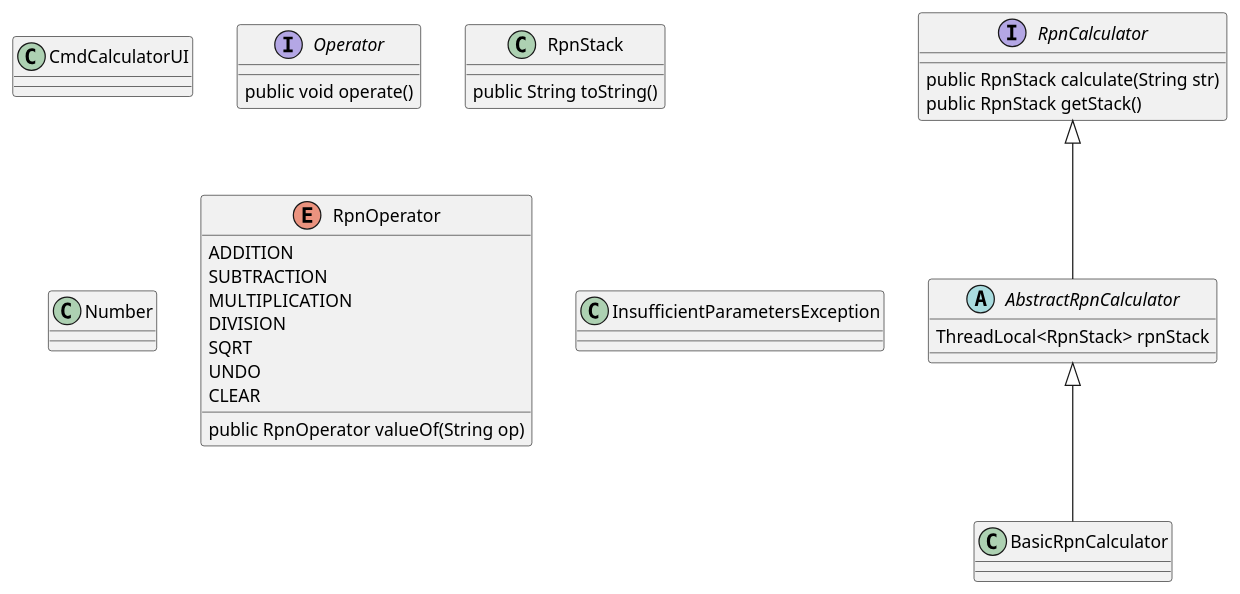
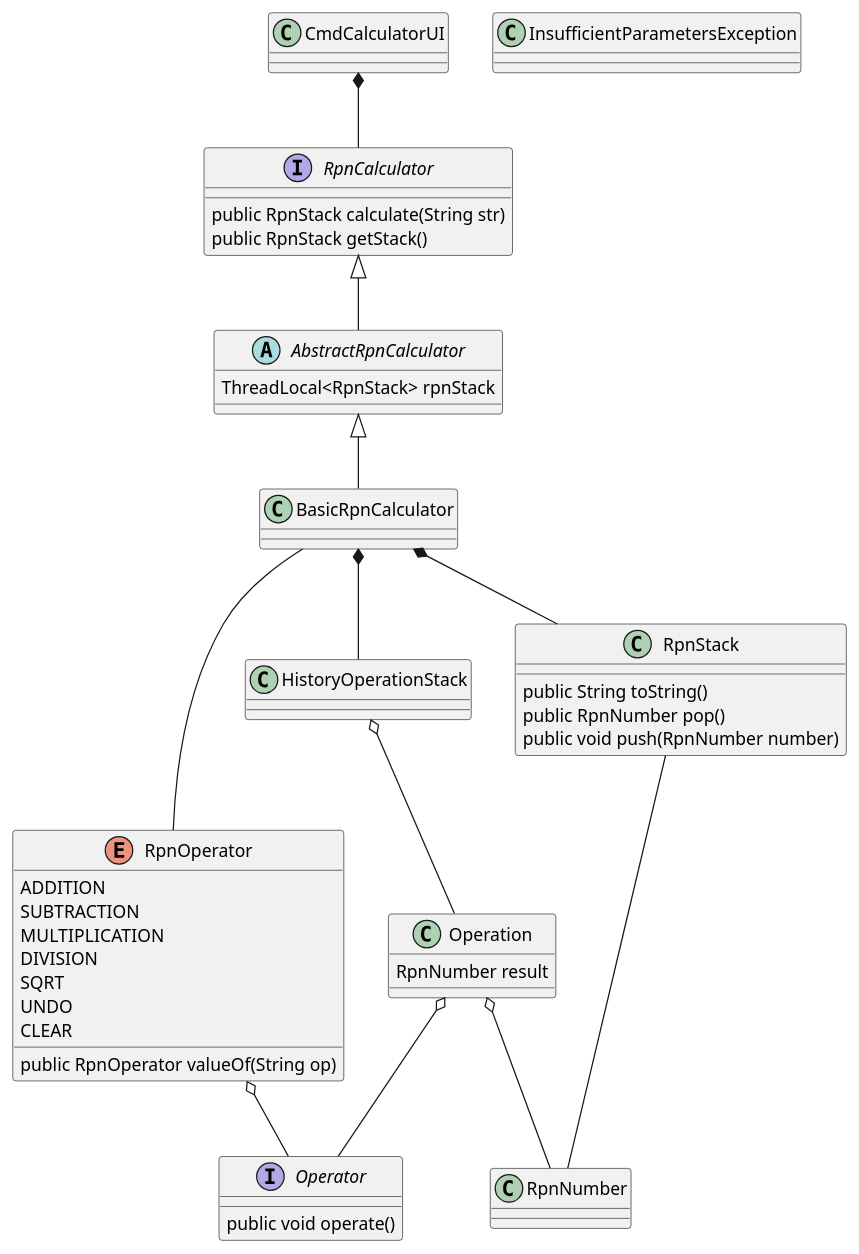
The diagram in doc/Class.puml (songdragon/RpnCalculator), drawn with PlantUML before and after one commit. The commit also changed 6 other files, not shown here.

Commit message:
#1 add history operation design, #2 implment simple RpnNumber and RpnStack

```diff
--- a/doc/Class.puml
+++ b/doc/Class.puml
@@ -1,45 +1,62 @@
 @startuml
 
 class CmdCalculatorUI {
 }
+
+CmdCalculatorUI *-- RpnCalculator
+
 interface RpnCalculator{
 public RpnStack calculate(String str)
 public RpnStack getStack()
 }
 abstract class AbstractRpnCalculator{
 ThreadLocal<RpnStack> rpnStack
 }
 RpnCalculator <|-- AbstractRpnCalculator
 class BasicRpnCalculator{
 }
 AbstractRpnCalculator <|-- BasicRpnCalculator
+
+
 interface Operator{
 public void operate()
 }
+BasicRpnCalculator -- RpnOperator
+BasicRpnCalculator *-- RpnStack
+BasicRpnCalculator *-- HistoryOperationStack
+
 
 class RpnStack{
 public String toString()
+public RpnNumber pop()
+public void push(RpnNumber number)
 }
-class Number{
+class RpnNumber{
 }
+RpnStack -- RpnNumber
 enum RpnOperator{
   ADDITION
   SUBTRACTION
   MULTIPLICATION
   DIVISION
   SQRT
   UNDO
   CLEAR
 
   public RpnOperator valueOf(String op)
 }
-
+RpnOperator o-- Operator
 class InsufficientParametersException{
 }
 
+class HistoryOperationStack{
+}
+class Operation {
+   RpnNumber result
+}
 
-
-
-
+Operation o-- Operator
+Operation o-- RpnNumber
+HistoryOperationStack o-- Operation
 
 @enduml
```
